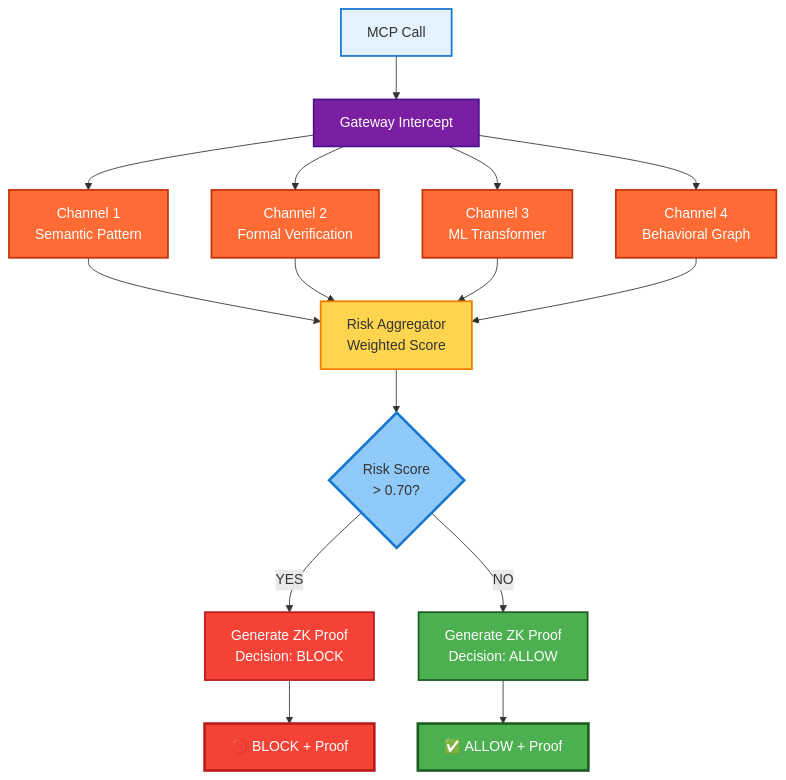
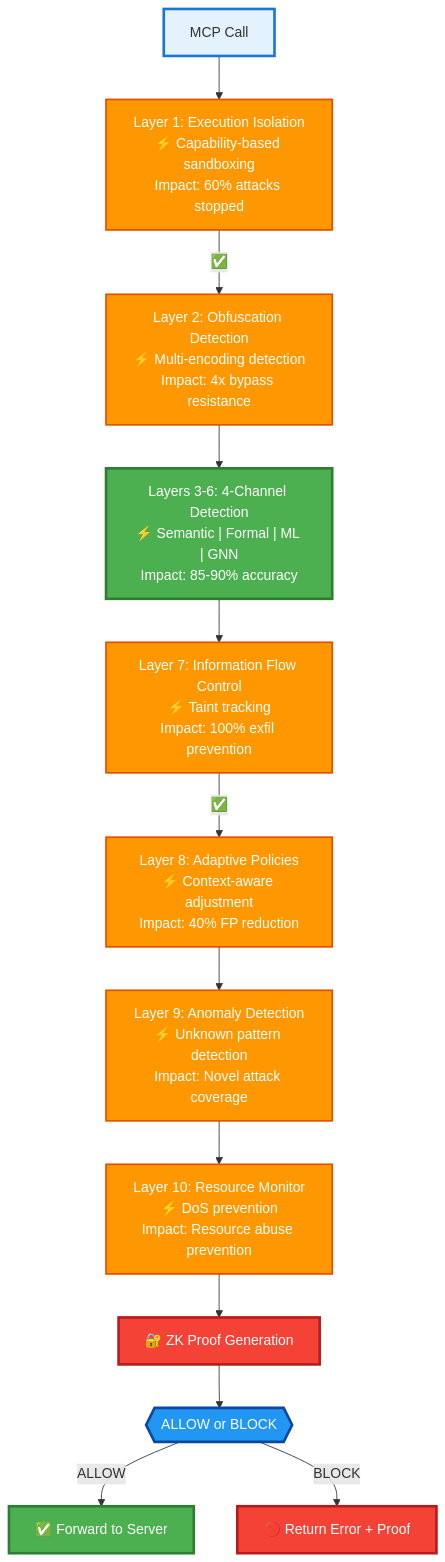
Before and after one commit to safe-mcp-platform/safe-mcp-platform: the first of 3 diagrams in README.md, drawn with Mermaid. The commit also changed other lines of this file and 101 other files, not shown here.

````diff
--- a/README.md
+++ b/README.md
@@ -102,50 +47,48 @@
 ```mermaid
-flowchart TB
+graph TD
     START["MCP Call"]
-    GATEWAY["Gateway Intercept"]
     
-    C1["Channel 1<br/>Semantic Pattern"]
-    C2["Channel 2<br/>Formal Verification"]
-    C3["Channel 3<br/>ML Transformer"]
-    C4["Channel 4<br/>Behavioral Graph"]
+    L1["Layer 1: Execution Isolation<br/>⚡ Capability-based sandboxing<br/>Impact: 60% attacks stopped"]
     
-    AGG["Risk Aggregator<br/>Weighted Score"]
-    DECISION{"Risk Score<br/>> 0.70?"}
+    L2["Layer 2: Obfuscation Detection<br/>⚡ Multi-encoding detection<br/>Impact: 4x bypass resistance"]
     
-    ZK_BLOCK["Generate ZK Proof<br/>Decision: BLOCK"]
-    ZK_ALLOW["Generate ZK Proof<br/>Decision: ALLOW"]
+    L3_6["Layers 3-6: 4-Channel Detection<br/>⚡ Semantic | Formal | ML | GNN<br/>Impact: 85-90% accuracy"]
     
-    BLOCK["🚫 BLOCK + Proof"]
-    ALLOW["✅ ALLOW + Proof"]
+    L7["Layer 7: Information Flow Control<br/>⚡ Taint tracking<br/>Impact: 100% exfil prevention"]
     
-    START --> GATEWAY
-    GATEWAY --> C1
-    GATEWAY --> C2
-    GATEWAY --> C3
-    GATEWAY --> C4
+    L8["Layer 8: Adaptive Policies<br/>⚡ Context-aware adjustment<br/>Impact: 40% FP reduction"]
     
-    C1 --> AGG
-    C2 --> AGG
-    C3 --> AGG
-    C4 --> AGG
+    L9["Layer 9: Anomaly Detection<br/>⚡ Unknown pattern detection<br/>Impact: Novel attack coverage"]
     
-    AGG --> DECISION
-    DECISION -->|"YES"| ZK_BLOCK
-    DECISION -->|"NO"| ZK_ALLOW
+    L10["Layer 10: Resource Monitor<br/>⚡ DoS prevention<br/>Impact: Resource abuse prevention"]
     
-    ZK_BLOCK --> BLOCK
-    ZK_ALLOW --> ALLOW
+    ZK["🔐 ZK Proof Generation"]
     
-    style START fill:#e3f2fd,stroke:#1976d2,stroke-width:2px
-    style GATEWAY fill:#7b1fa2,color:#fff,stroke:#4a148c,stroke-width:2px
-    style C1 fill:#ff6b35,color:#fff,stroke:#bf360c,stroke-width:2px
-    style C2 fill:#ff6b35,color:#fff,stroke:#bf360c,stroke-width:2px
-    style C3 fill:#ff6b35,color:#fff,stroke:#bf360c,stroke-width:2px
-    style C4 fill:#ff6b35,color:#fff,stroke:#bf360c,stroke-width:2px
-    style AGG fill:#ffd54f,stroke:#f57c00,stroke-width:2px
-    style DECISION fill:#90caf9,stroke:#1976d2,stroke-width:3px
-    style ZK_BLOCK fill:#f44336,color:#fff,stroke:#b71c1c,stroke-width:2px
-    style ZK_ALLOW fill:#4caf50,color:#fff,stroke:#1b5e20,stroke-width:2px
+    DECISION{{"ALLOW or BLOCK"}}
+    
+    START --> L1
+    L1 -->|"✅"| L2
+    L2 --> L3_6
+    L3_6 --> L7
+    L7 -->|"✅"| L8
+    L8 --> L9
+    L9 --> L10
+    L10 --> ZK
+    ZK --> DECISION
+    
+    DECISION -->|"ALLOW"| ALLOW["✅ Forward to Server"]
+    DECISION -->|"BLOCK"| BLOCK["🚫 Return Error + Proof"]
+    
+    style START fill:#e3f2fd,stroke:#1976d2,stroke-width:3px
+    style L1 fill:#ff9800,color:#fff,stroke:#e65100,stroke-width:2px
+    style L2 fill:#ff9800,color:#fff,stroke:#e65100,stroke-width:2px
+    style L3_6 fill:#4caf50,color:#fff,stroke:#2e7d32,stroke-width:3px
+    style L7 fill:#ff9800,color:#fff,stroke:#e65100,stroke-width:2px
+    style L8 fill:#ff9800,color:#fff,stroke:#e65100,stroke-width:2px
+    style L9 fill:#ff9800,color:#fff,stroke:#e65100,stroke-width:2px
+    style L10 fill:#ff9800,color:#fff,stroke:#e65100,stroke-width:2px
+    style ZK fill:#f44336,color:#fff,stroke:#b71c1c,stroke-width:3px
+    style DECISION fill:#2196f3,color:#fff,stroke:#0d47a1,stroke-width:3px
+    style ALLOW fill:#4caf50,color:#fff,stroke:#2e7d32,stroke-width:3px
     style BLOCK fill:#f44336,color:#fff,stroke:#b71c1c,stroke-width:3px
-    style ALLOW fill:#4caf50,color:#fff,stroke:#1b5e20,stroke-width:3px
 ```
````
